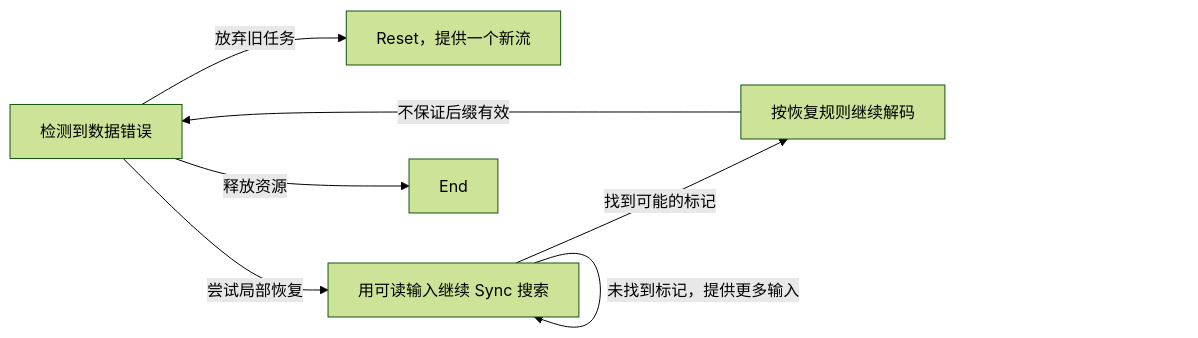
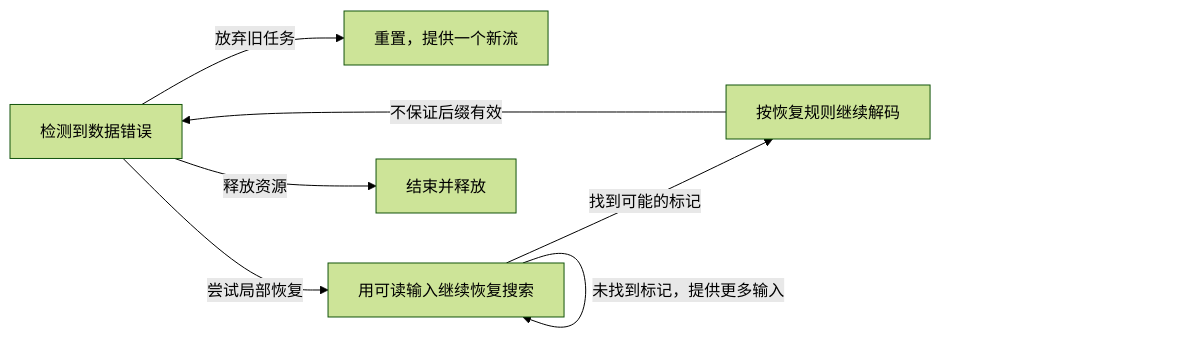
The third of 3 diagrams in docs/guide/state-operations.zh.md (cla7aye15I4nd/zlib-f), drawn with Mermaid (forest theme) before and after one commit. The commit also changed other lines of this file and 237 other files, not shown here.

````diff
--- a/docs/guide/state-operations.zh.md
+++ b/docs/guide/state-operations.zh.md
@@ -142,9 +146,9 @@
 ```mermaid
 flowchart LR
-    E["检测到数据错误"] -->|"放弃旧任务"| R["Reset，提供一个新流"]
-    E -->|"尝试局部恢复"| S["用可读输入继续 Sync 搜索"]
+    E["检测到数据错误"] -->|"放弃旧任务"| R["重置，提供一个新流"]
+    E -->|"尝试局部恢复"| S["用可读输入继续恢复搜索"]
     S -->|"未找到标记，提供更多输入"| S
     S -->|"找到可能的标记"| C["按恢复规则继续解码"]
-    E -->|"释放资源"| X["End"]
+    E -->|"释放资源"| X["结束并释放"]
     C -->|"不保证后缀有效"| E
 ```
````
